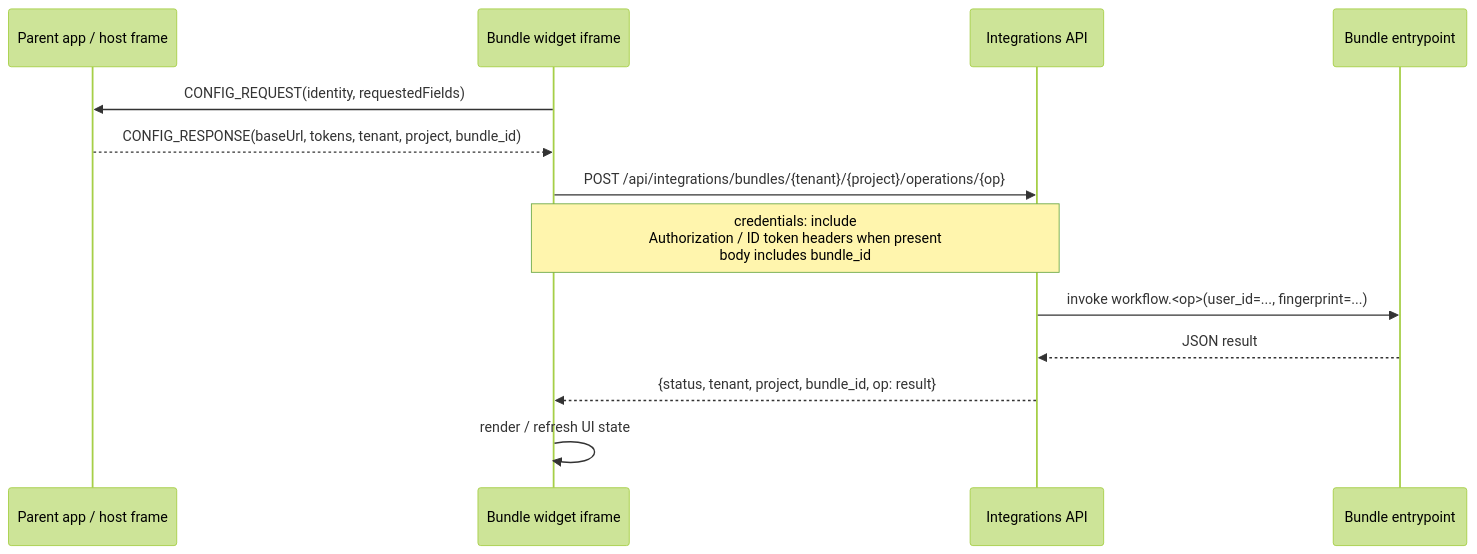
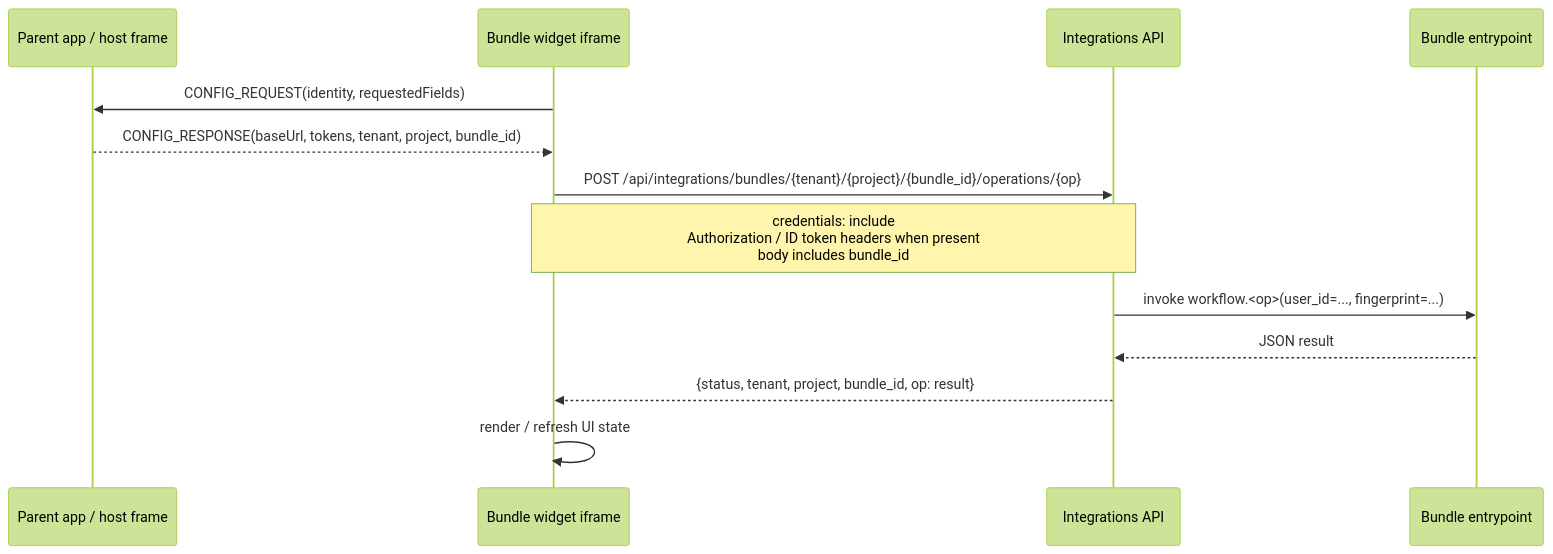
The second of 2 diagrams in app/ai-app/docs/sdk/bundle/bundle-interfaces-README.md (kdcube/kdcube-ai-app), drawn with Mermaid (forest theme) before and after one commit. The commit also changed other lines of this file and 14 other files, not shown here.

Commit message:
Restore bundle operations compatibility and explicit bundle UI routes

````diff
--- a/app/ai-app/docs/sdk/bundle/bundle-interfaces-README.md
+++ b/app/ai-app/docs/sdk/bundle/bundle-interfaces-README.md
@@ -267,17 +283,17 @@
 ```mermaid
 sequenceDiagram
     participant Host as Parent app / host frame
     participant Widget as Bundle widget iframe
     participant API as Integrations API
     participant Bundle as Bundle entrypoint
 
     Widget->>Host: CONFIG_REQUEST(identity, requestedFields)
     Host-->>Widget: CONFIG_RESPONSE(baseUrl, tokens, tenant, project, bundle_id)
 
-    Widget->>API: POST /api/integrations/bundles/{tenant}/{project}/operations/{op}
+    Widget->>API: POST /api/integrations/bundles/{tenant}/{project}/{bundle_id}/operations/{op}
     Note over Widget,API: credentials: include<br/>Authorization / ID token headers when present<br/>body includes bundle_id
     API->>Bundle: invoke workflow.<op>(user_id=..., fingerprint=...)
     Bundle-->>API: JSON result
     API-->>Widget: {status, tenant, project, bundle_id, op: result}
     Widget->>Widget: render / refresh UI state
 ```
````
